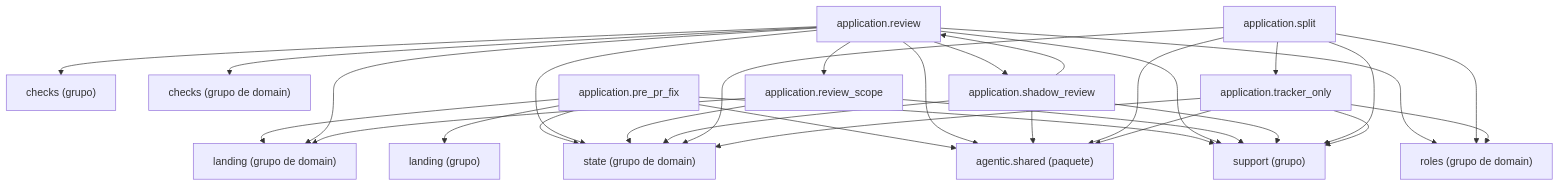
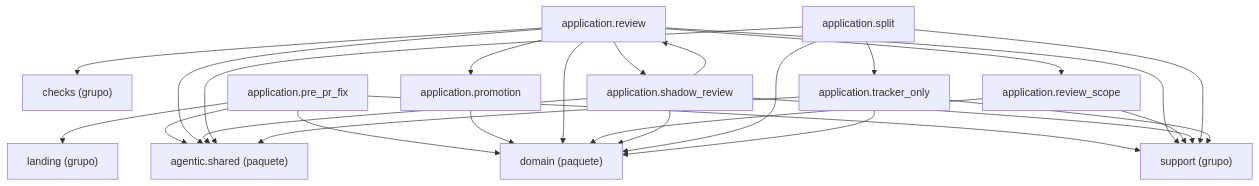
One commit to GonzaloZevallos/agentic-system changed the diagram in docs/architecture/generated/packages-process-application-build-2.md. Above: the diagram before and after it, drawn with Mermaid. The commit also changed other lines of this file and 5 other files, not shown here.

````diff
--- a/docs/architecture/generated/packages-process-application-build-2.md
+++ b/docs/architecture/generated/packages-process-application-build-2.md
@@ -16,47 +16,40 @@
 ```mermaid
 graph TD
     g_application__checks["checks (grupo)"]
     g_application__landing["landing (grupo)"]
     g_application__support["support (grupo)"]
-    g_domain__checks["checks (grupo de domain)"]
-    g_domain__landing["landing (grupo de domain)"]
-    g_domain__roles["roles (grupo de domain)"]
-    g_domain__state["state (grupo de domain)"]
     g_pkg__agentic__shared["agentic.shared (paquete)"]
+    g_pkg__domain["domain (paquete)"]
     m_application__pre_pr_fix["application.pre_pr_fix"]
+    m_application__promotion["application.promotion"]
     m_application__review["application.review"]
     m_application__review_scope["application.review_scope"]
     m_application__shadow_review["application.shadow_review"]
     m_application__split["application.split"]
     m_application__tracker_only["application.tracker_only"]
     m_application__pre_pr_fix --> g_application__landing
     m_application__pre_pr_fix --> g_application__support
-    m_application__pre_pr_fix --> g_domain__landing
-    m_application__pre_pr_fix --> g_domain__state
     m_application__pre_pr_fix --> g_pkg__agentic__shared
+    m_application__pre_pr_fix --> g_pkg__domain
+    m_application__promotion --> g_pkg__domain
     m_application__review --> g_application__checks
     m_application__review --> g_application__support
-    m_application__review --> g_domain__checks
-    m_application__review --> g_domain__landing
-    m_application__review --> g_domain__roles
-    m_application__review --> g_domain__state
     m_application__review --> g_pkg__agentic__shared
+    m_application__review --> g_pkg__domain
+    m_application__review --> m_application__promotion
     m_application__review --> m_application__review_scope
     m_application__review --> m_application__shadow_review
     m_application__review_scope --> g_application__support
-    m_application__review_scope --> g_domain__landing
-    m_application__review_scope --> g_domain__state
+    m_application__review_scope --> g_pkg__domain
     m_application__shadow_review --> g_application__support
-    m_application__shadow_review --> g_domain__state
     m_application__shadow_review --> g_pkg__agentic__shared
+    m_application__shadow_review --> g_pkg__domain
     m_application__shadow_review --> m_application__review
     m_application__split --> g_application__support
-    m_application__split --> g_domain__roles
-    m_application__split --> g_domain__state
     m_application__split --> g_pkg__agentic__shared
+    m_application__split --> g_pkg__domain
     m_application__split --> m_application__tracker_only
     m_application__tracker_only --> g_application__support
-    m_application__tracker_only --> g_domain__roles
-    m_application__tracker_only --> g_domain__state
     m_application__tracker_only --> g_pkg__agentic__shared
+    m_application__tracker_only --> g_pkg__domain
 ```
````
